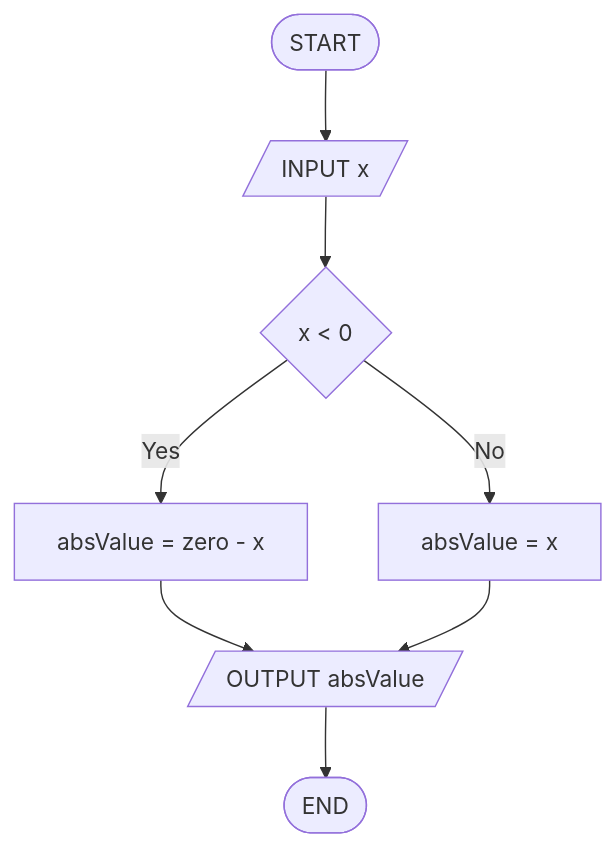
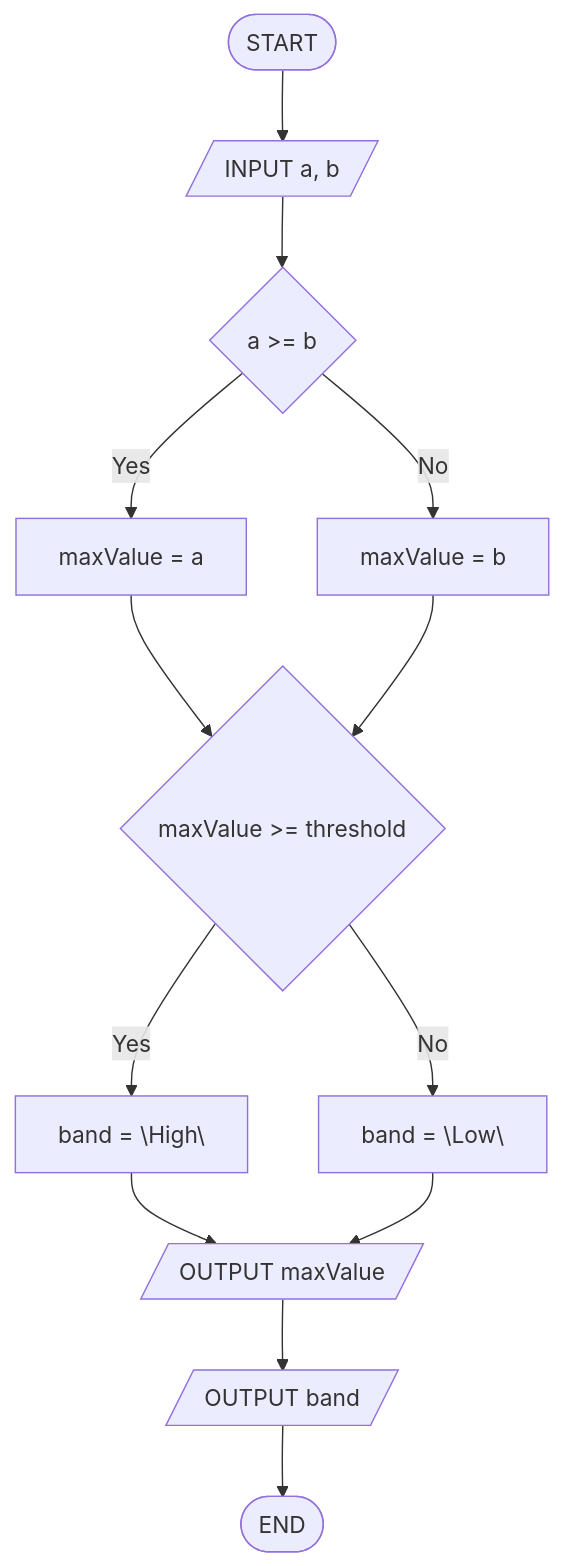
Before and after one commit to ISIBrussels/methodo-algo: the second of 5 diagrams in docs/seances/02/exercices_seance_02.md, drawn with Mermaid. The commit also changed other lines of this file and 1 other file, not shown here.

````diff
--- a/docs/seances/02/exercices_seance_02.md
+++ b/docs/seances/02/exercices_seance_02.md
@@ -107,10 +122,15 @@
 ```mermaid
 flowchart TB
-  A([START]) --> B[/INPUT x/]
-  B --> C{x < 0}
-  C -->|Yes| D["absValue = zero - x"]
-  C -->|No| E["absValue = x"]
-  D --> F[/OUTPUT absValue/]
+  A([START]) --> B[/INPUT a, b/]
+  B --> C{a >= b}
+  C -->|Yes| D["maxValue = a"]
+  C -->|No| E["maxValue = b"]
+  D --> F{maxValue >= threshold}
   E --> F
-  F --> G([END])
+  F -->|Yes| G["band = \"High\""]
+  F -->|No| H["band = \"Low\""]
+  G --> I[/OUTPUT maxValue/]
+  H --> I
+  I --> J[/OUTPUT band/]
+  J --> K([END])
 ```
````
